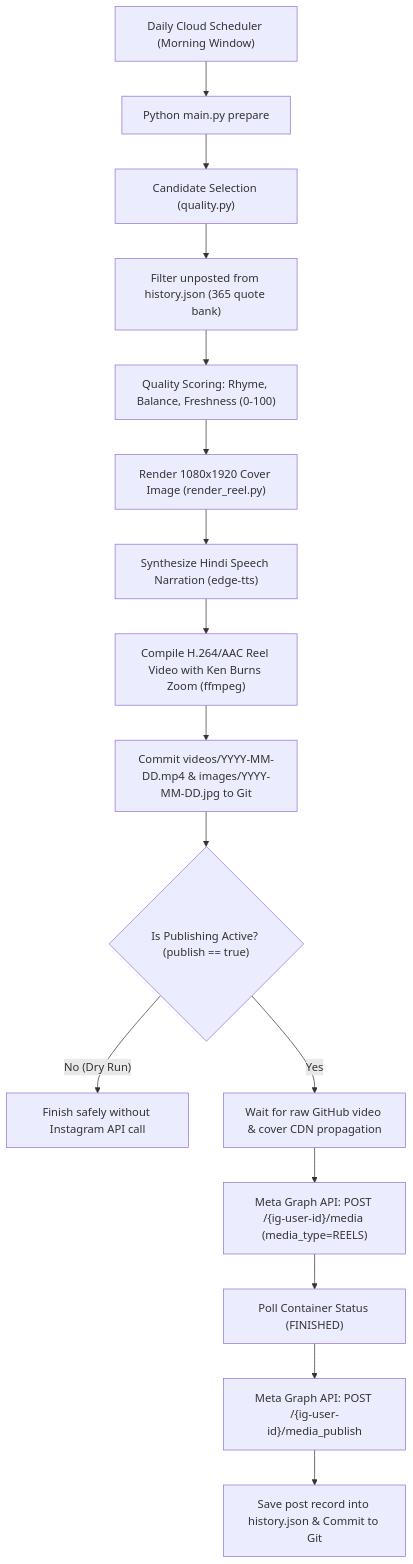
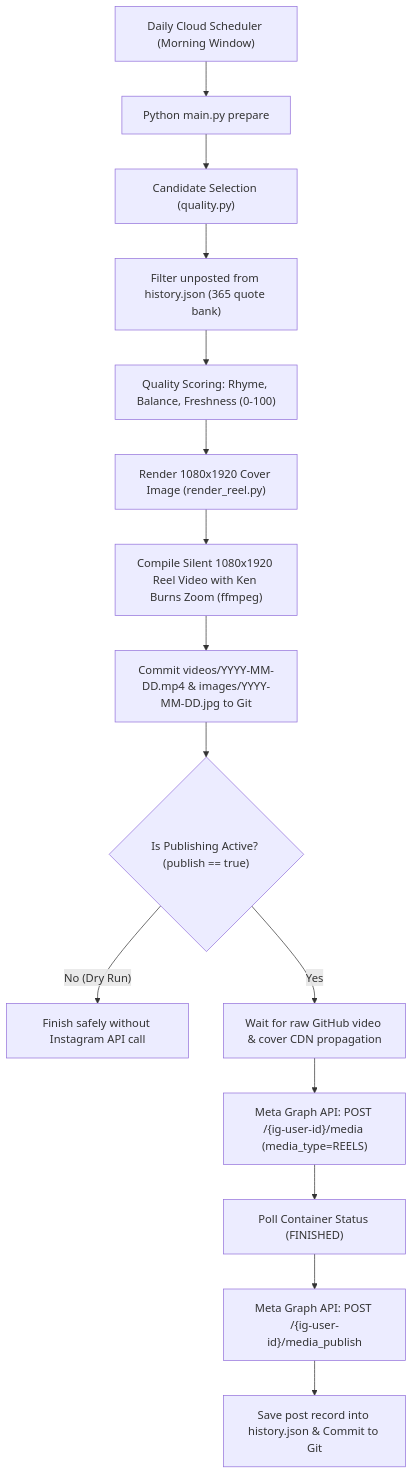
One commit to Sabirusmani077/insta-autoposter changed the diagram in README.md. Above: the diagram before and after it, drawn with Mermaid. The commit also changed other lines of this file and 3 other files, not shown here.

Commit message:
feat(reel): make daily Reels completely silent (zero audio/voiceover) while preserving Meta container compliance

````diff
--- a/README.md
+++ b/README.md
@@ -19,18 +19,17 @@
 ```mermaid
 flowchart TD
     A["Daily Cloud Scheduler (Morning Window)"] --> B["Python main.py prepare"]
     B --> C["Candidate Selection (quality.py)"]
     C --> D["Filter unposted from history.json (365 quote bank)"]
     D --> E["Quality Scoring: Rhyme, Balance, Freshness (0-100)"]
     E --> F["Render 1080x1920 Cover Image (render_reel.py)"]
-    F --> G["Synthesize Hindi Speech Narration (edge-tts)"]
-    G --> H["Compile H.264/AAC Reel Video with Ken Burns Zoom (ffmpeg)"]
-    H --> I["Commit videos/YYYY-MM-DD.mp4 & images/YYYY-MM-DD.jpg to Git"]
-    I --> J{"Is Publishing Active? (publish == true)"}
-    J -- No (Dry Run) --> K["Finish safely without Instagram API call"]
-    J -- Yes --> L["Wait for raw GitHub video & cover CDN propagation"]
-    L --> M["Meta Graph API: POST /{ig-user-id}/media (media_type=REELS)"]
-    M --> N["Poll Container Status (FINISHED)"]
-    N --> O["Meta Graph API: POST /{ig-user-id}/media_publish"]
-    O --> P["Save post record into history.json & Commit to Git"]
+    F --> G["Compile Silent 1080x1920 Reel Video with Ken Burns Zoom (ffmpeg)"]
+    G --> H["Commit videos/YYYY-MM-DD.mp4 & images/YYYY-MM-DD.jpg to Git"]
+    H --> I{"Is Publishing Active? (publish == true)"}
+    I -- No (Dry Run) --> J["Finish safely without Instagram API call"]
+    I -- Yes --> K["Wait for raw GitHub video & cover CDN propagation"]
+    K --> L["Meta Graph API: POST /{ig-user-id}/media (media_type=REELS)"]
+    L --> M["Poll Container Status (FINISHED)"]
+    M --> N["Meta Graph API: POST /{ig-user-id}/media_publish"]
+    N --> O["Save post record into history.json & Commit to Git"]
 ```
````
